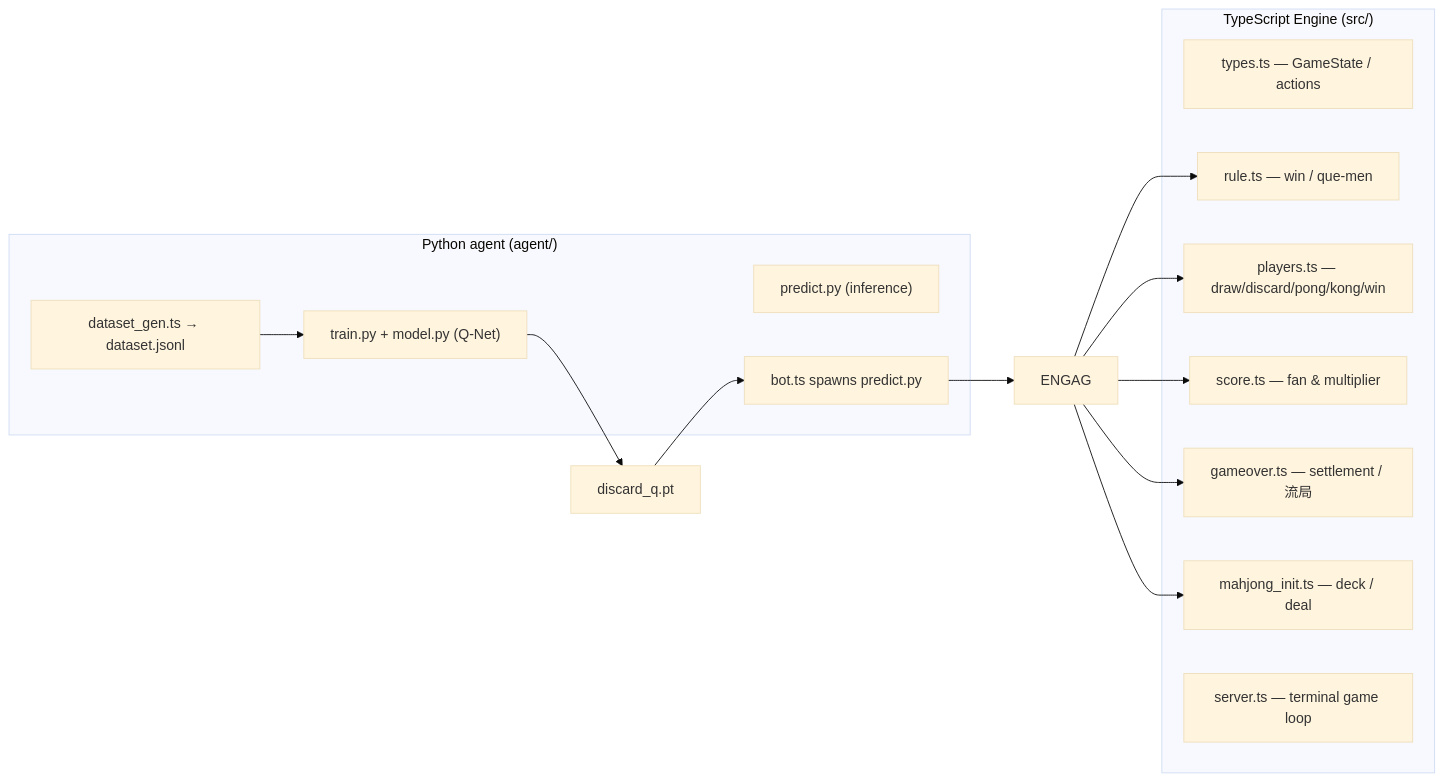
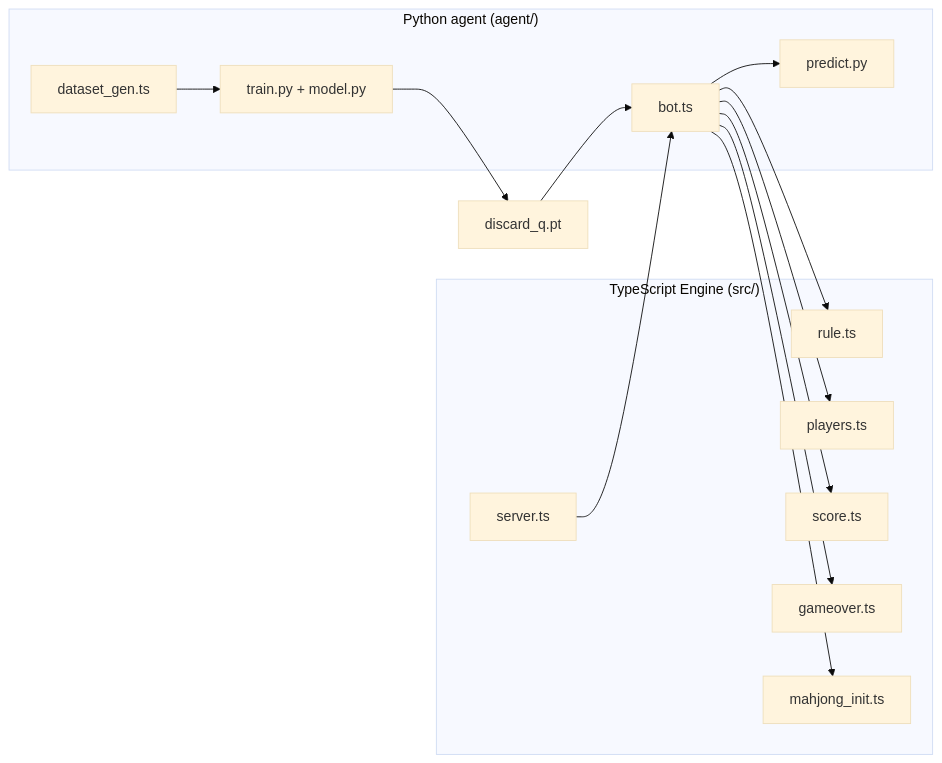
Before and after one commit to aDarkMaker/Maj_mini: the first of 3 diagrams in .github/docs/architecture.md, drawn with Mermaid (base theme). The commit also changed 2 other files, not shown here.

Commit message:
fix(docs): split bilingual README, fix mermaid diagram, add transparent logo

````diff
--- a/.github/docs/architecture.md
+++ b/.github/docs/architecture.md
@@ -5,25 +5,28 @@
 ```mermaid
 flowchart LR
     subgraph TS["TypeScript Engine (src/)"]
-        ERR[types.ts — GameState / actions]
-        RULE["rule.ts — win / que-men"]
-        PLAY["players.ts — draw/discard/pong/kong/win"]
-        SCORE["score.ts — fan & multiplier"]
-        OVER["gameover.ts — settlement / 流局"]
-        INIT["mahjong_init.ts — deck / deal"]
-        SERVE["server.ts — terminal game loop"]
+        RULE["rule.ts"]
+        PLAY["players.ts"]
+        SCORE["score.ts"]
+        OVER["gameover.ts"]
+        INIT["mahjong_init.ts"]
+        SERVE["server.ts"]
     end
 
     subgraph PY["Python agent (agent/)"]
-        GEN["dataset_gen.ts → dataset.jsonl"]
-        TRAIN["train.py + model.py (Q-Net)"]
-        PRED["predict.py (inference)"]
-        BOT["bot.ts spawns predict.py"]
+        GEN["dataset_gen.ts"]
+        TRAIN["train.py + model.py"]
+        PRED["predict.py"]
+        BOT["bot.ts"]
     end
 
-    TRAIN --> MODEL["discard_q.pt"]
-    MODEL --> BOT
-    BOT --> ENGAG
-    ENGAG --> RULE & PLAY & SCORE & OVER & INIT
-    GEN --> TRAIN
+    MODEL["discard_q.pt"]
+    GEN --> TRAIN --> MODEL --> BOT
+    BOT --> PRED
+    BOT --> RULE
+    BOT --> PLAY
+    BOT --> SCORE
+    BOT --> OVER
+    BOT --> INIT
+    SERVE --> BOT
 ```
````
